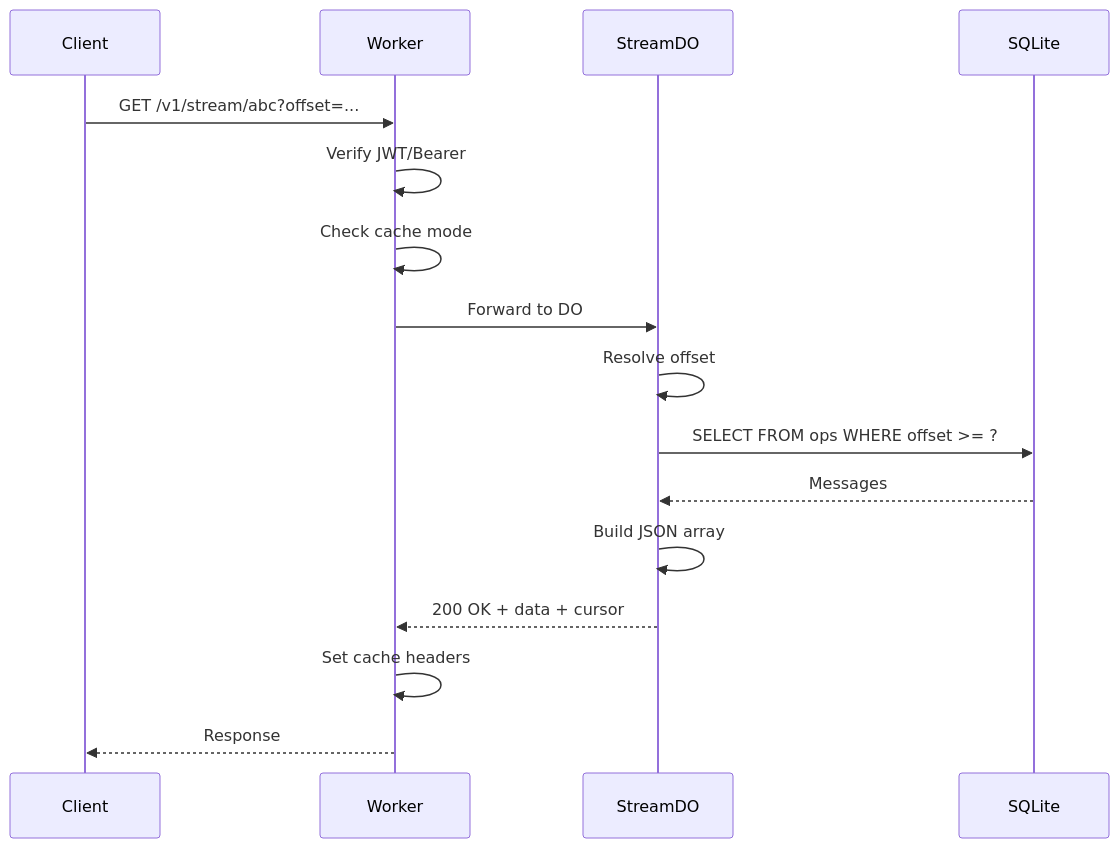
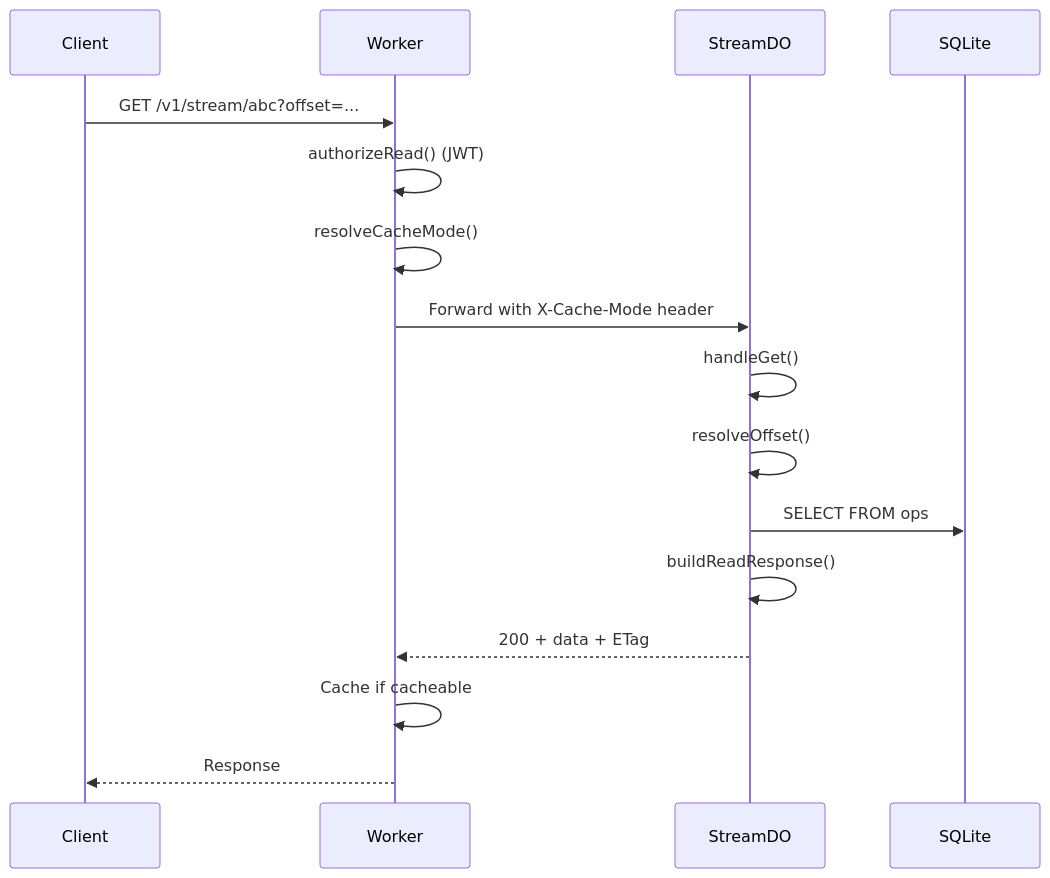
The second of 3 diagrams in packages/durable-stream-core/docs/walkthrough.md (commoncurriculum/durable-streams-cloudflare), drawn with Mermaid before and after one commit. The commit also changed other lines of this file and 2 other files, not shown here.

````diff
--- a/packages/durable-stream-core/docs/walkthrough.md
+++ b/packages/durable-stream-core/docs/walkthrough.md
@@ -358,19 +188,19 @@
 ```mermaid
 sequenceDiagram
     participant C as Client
     participant W as Worker
     participant DO as StreamDO
-    participant S as SQLite
+    participant SQL as SQLite
 
     C->>W: GET /v1/stream/abc?offset=...
-    W->>W: Verify JWT/Bearer
-    W->>W: Check cache mode
-    W->>DO: Forward to DO
-    DO->>DO: Resolve offset
-    DO->>S: SELECT FROM ops WHERE offset >= ?
-    S-->>DO: Messages
-    DO->>DO: Build JSON array
-    DO-->>W: 200 OK + data + cursor
-    W->>W: Set cache headers
+    W->>W: authorizeRead() (JWT)
+    W->>W: resolveCacheMode()
+    W->>DO: Forward with X-Cache-Mode header
+    DO->>DO: handleGet()
+    DO->>DO: resolveOffset()
+    DO->>SQL: SELECT FROM ops
+    DO->>DO: buildReadResponse()
+    DO-->>W: 200 + data + ETag
+    W->>W: Cache if cacheable
     W-->>C: Response
 ```
````
